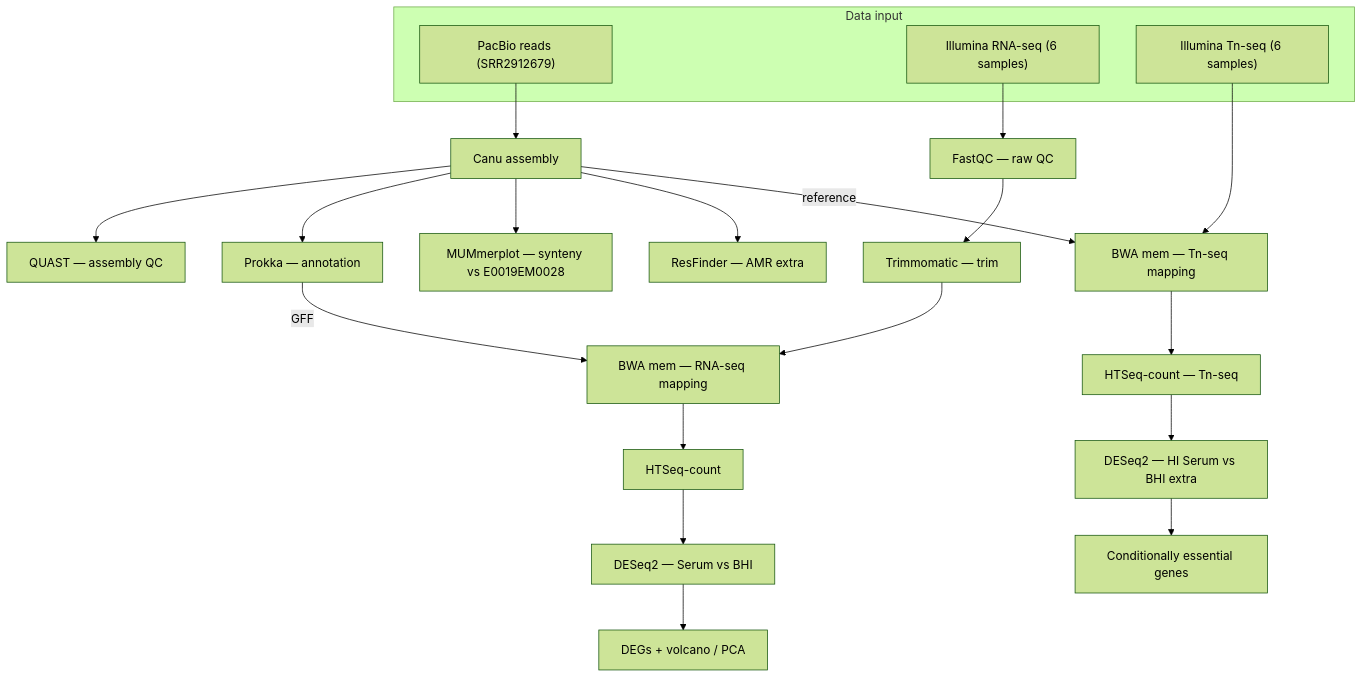
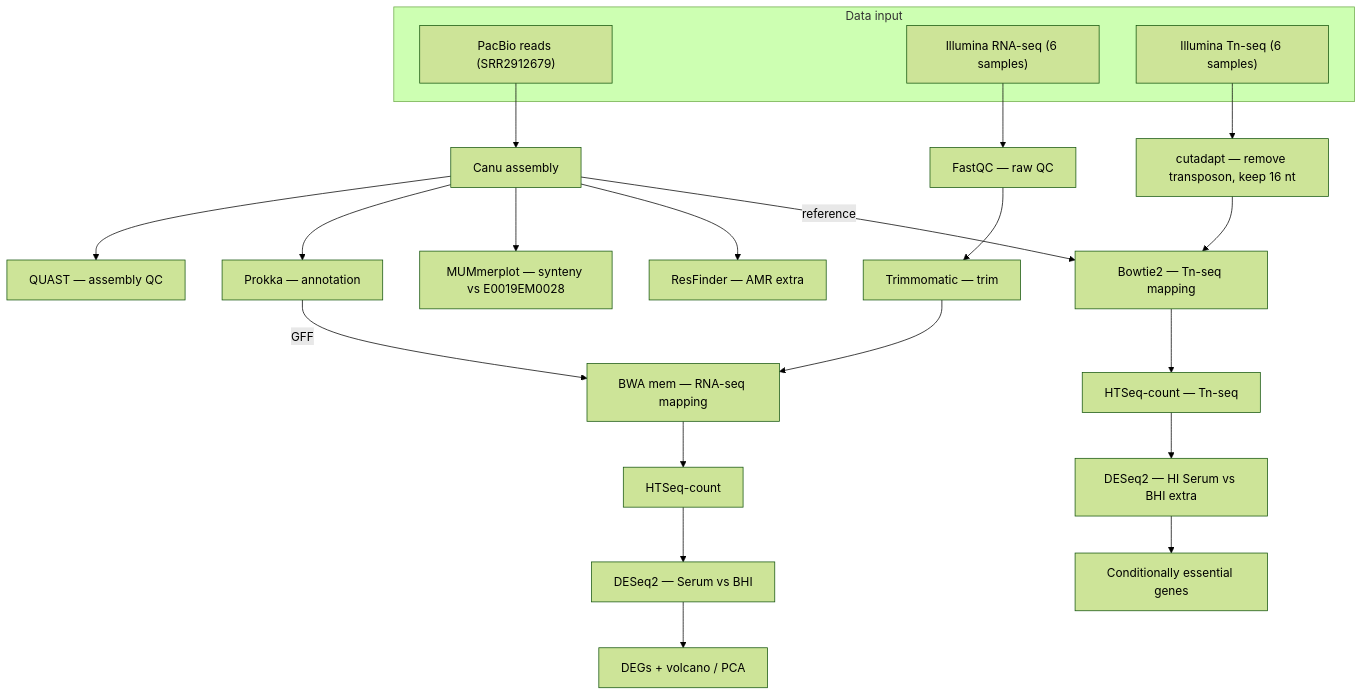
The diagram in docs/wiki.md (Jorge-G-P/Genome_Analysis_26), drawn with Mermaid (forest theme) before and after one commit. The commit also changed other lines of this file and 10 other files, not shown here.

````diff
--- a/docs/wiki.md
+++ b/docs/wiki.md
@@ -116,29 +116,30 @@
 ```mermaid
 flowchart TD
   subgraph input["Data input"]
     PB["PacBio reads (SRR2912679)"]
     IL["Illumina RNA-seq (6 samples)"]
     TN["Illumina Tn-seq (6 samples)"]
   end
 
   PB --> CANU["Canu assembly"]
   CANU --> QUAST["QUAST — assembly QC"]
   CANU --> PROKKA["Prokka — annotation"]
   CANU --> MUMMER["MUMmerplot — synteny vs E0019EM0028"]
 
   IL --> FASTQC["FastQC — raw QC"]
   FASTQC --> TRIM["Trimmomatic — trim"]
   TRIM --> BWA["BWA mem — RNA-seq mapping"]
   PROKKA -->|"GFF"| BWA
   BWA --> HTSEQ["HTSeq-count"]
   HTSEQ --> DESEQ["DESeq2 — Serum vs BHI"]
   DESEQ --> OUT1["DEGs + volcano / PCA"]
 
   CANU --> RESFINDER["ResFinder — AMR extra"]
 
-  TN --> TNBWA["BWA mem — Tn-seq mapping"]
+  TN --> TNCUT["cutadapt — remove transposon, keep 16 nt"]
+  TNCUT --> TNBWA["Bowtie2 — Tn-seq mapping"]
   CANU -->|"reference"| TNBWA
   TNBWA --> TNHTSEQ["HTSeq-count — Tn-seq"]
   TNHTSEQ --> TNDESEQ["DESeq2 — HI Serum vs BHI extra"]
   TNDESEQ --> OUT2["Conditionally essential genes"]
 ```
````
